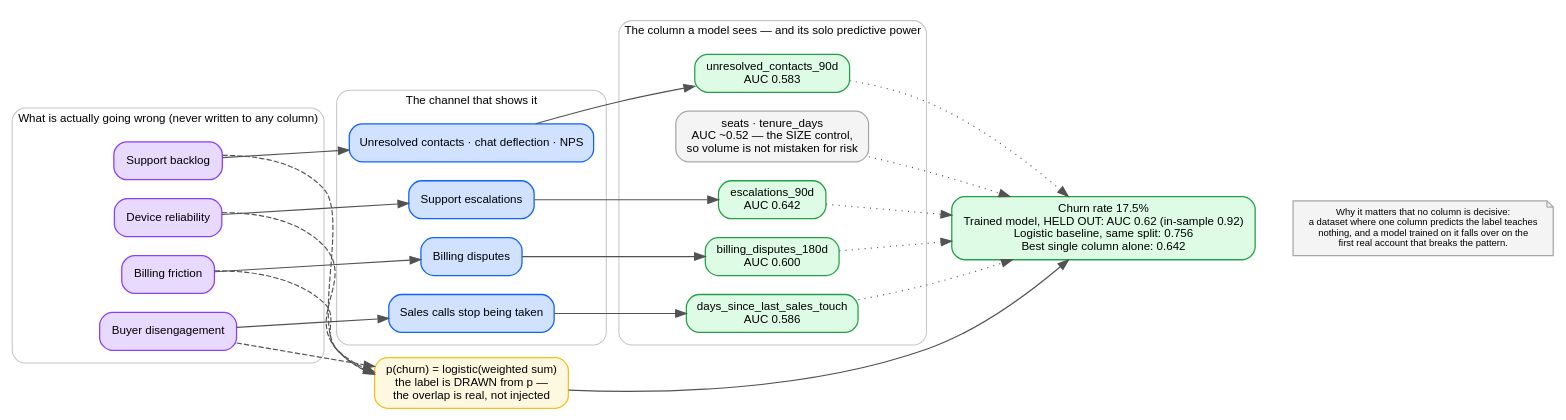
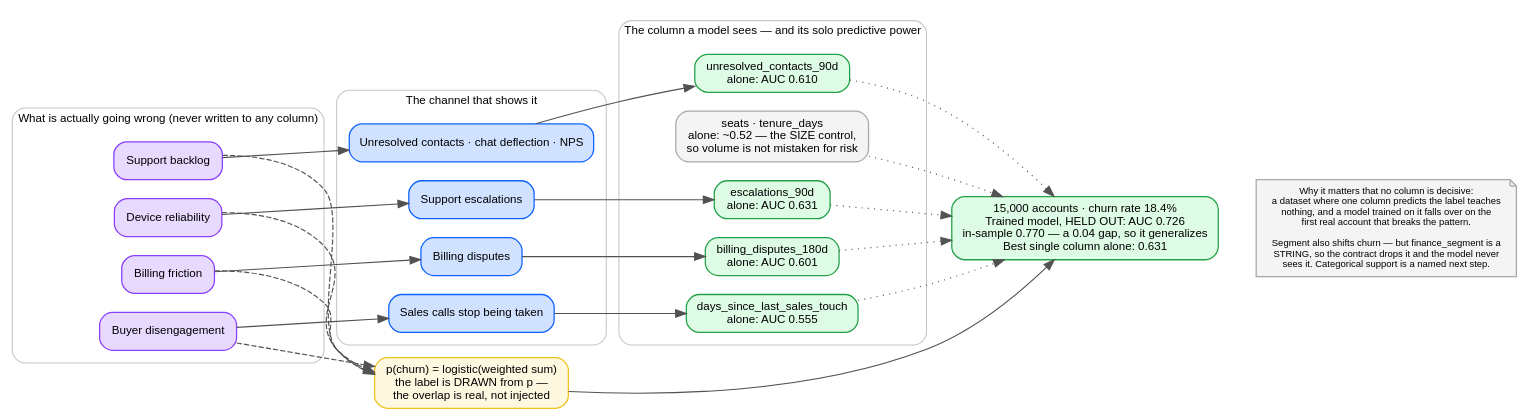
Before and after one commit to oramasearch/zetta: the diagram in docs/reports/results/diagrams/motive-dataset-signal.dot, drawn with Graphviz. The commit also changed 2 other files, not shown here.

Commit message:
docs(results): restore the signal diagram, and refresh it for 15k
It lost its embed when the dataset section was cut in the rewrite — only
the header link survived — and its numbers were still from the
1,500-account run.

Re-measured on 15,000: best single column 0.631 against the model's 0.726
held out, and the four channels stay balanced, which is the property the
diagram exists to show. It now also records that segment shifts churn but
is a string, so the contract drops it and the model never sees it.

```diff
--- a/docs/reports/results/diagrams/motive-dataset-signal.dot
+++ b/docs/reports/results/diagrams/motive-dataset-signal.dot
@@ -1,67 +1,67 @@
 // How the stand-in dataset carries a churn signal that is real but not trivial.
 //
 // Generated source for motive-dataset-signal.svg. Render with:
 //   dot -Tsvg motive-dataset-signal.dot -o motive-dataset-signal.svg
 //
 // The point of the picture: four independent troubles, each read by a DIFFERENT
 // channel, combining into a probability the label is drawn from. No single column
 // predicts churn, which is what makes the model's job real.
 digraph motive_signal {
   rankdir=LR;
   bgcolor="white";
   fontname="IBM Plex Sans,Helvetica,Arial,sans-serif";
   node [fontname="IBM Plex Sans,Helvetica,Arial,sans-serif", fontsize=11,
         shape=box, style="rounded,filled", penwidth=1.2, margin="0.16,0.09"];
   edge [fontname="IBM Plex Sans,Helvetica,Arial,sans-serif", fontsize=9,
         color="#525252", penwidth=1.1];
 
   subgraph cluster_latent {
     label="What is actually going wrong (never written to any column)";
     fontsize=11; color="#c6c6c6"; style="rounded"; margin=12;
     r [label="Device reliability", fillcolor="#e8daff", color="#8a3ffc"];
     b [label="Billing friction", fillcolor="#e8daff", color="#8a3ffc"];
     q [label="Buyer disengagement", fillcolor="#e8daff", color="#8a3ffc"];
     k [label="Support backlog", fillcolor="#e8daff", color="#8a3ffc"];
   }
 
   subgraph cluster_channel {
     label="The channel that shows it";
     fontsize=11; color="#c6c6c6"; style="rounded"; margin=12;
     cr [label="Support escalations", fillcolor="#d0e2ff", color="#0f62fe"];
     cb [label="Billing disputes", fillcolor="#d0e2ff", color="#0f62fe"];
     cq [label="Sales calls stop being taken", fillcolor="#d0e2ff", color="#0f62fe"];
     ck [label="Unresolved contacts · chat deflection · NPS", fillcolor="#d0e2ff", color="#0f62fe"];
   }
 
   subgraph cluster_feature {
     label="The column a model sees — and its solo predictive power";
     fontsize=11; color="#c6c6c6"; style="rounded"; margin=12;
-    fr [label="escalations_90d\nAUC 0.642", fillcolor="#defbe6", color="#24a148"];
-    fb [label="billing_disputes_180d\nAUC 0.600", fillcolor="#defbe6", color="#24a148"];
-    fq [label="days_since_last_sales_touch\nAUC 0.586", fillcolor="#defbe6", color="#24a148"];
-    fk [label="unresolved_contacts_90d\nAUC 0.583", fillcolor="#defbe6", color="#24a148"];
-    fs [label="seats · tenure_days\nAUC ~0.52 — the SIZE control,\nso volume is not mistaken for risk",
+    fr [label="escalations_90d\nalone: AUC 0.631", fillcolor="#defbe6", color="#24a148"];
+    fb [label="billing_disputes_180d\nalone: AUC 0.601", fillcolor="#defbe6", color="#24a148"];
+    fq [label="days_since_last_sales_touch\nalone: AUC 0.555", fillcolor="#defbe6", color="#24a148"];
+    fk [label="unresolved_contacts_90d\nalone: AUC 0.610", fillcolor="#defbe6", color="#24a148"];
+    fs [label="seats · tenure_days\nalone: ~0.52 — the SIZE control,\nso volume is not mistaken for risk",
         fillcolor="#f4f4f4", color="#a8a8a8"];
   }
 
   label_node [label="p(churn) = logistic(weighted sum)\nthe label is DRAWN from p —\nthe overlap is real, not injected",
               shape=box, fillcolor="#fff8e1", color="#f1c21b", fontsize=11];
-  outcome [label="Churn rate 17.5%\nTrained model, HELD OUT: AUC 0.62 (in-sample 0.92)\nLogistic baseline, same split: 0.756\nBest single column alone: 0.642",
+  outcome [label="15,000 accounts · churn rate 18.4%\nTrained model, HELD OUT: AUC 0.726\nin-sample 0.770 — a 0.04 gap, so it generalizes\nBest single column alone: 0.631",
            shape=box, fillcolor="#defbe6", color="#24a148", fontsize=11];
 
   r -> cr -> fr;
   b -> cb -> fb;
   q -> cq -> fq;
   k -> ck -> fk;
 
   r -> label_node [style=dashed]; b -> label_node [style=dashed];
   q -> label_node [style=dashed]; k -> label_node [style=dashed];
   label_node -> outcome;
   fr -> outcome [style=dotted]; fb -> outcome [style=dotted];
   fq -> outcome [style=dotted]; fk -> outcome [style=dotted];
   fs -> outcome [style=dotted];
 
-  note [label="Why it matters that no column is decisive:\na dataset where one column predicts the label teaches\nnothing, and a model trained on it falls over on the\nfirst real account that breaks the pattern.",
+  note [label="Why it matters that no column is decisive:\na dataset where one column predicts the label teaches\nnothing, and a model trained on it falls over on the\nfirst real account that breaks the pattern.\n\nSegment also shifts churn — but finance_segment is a\nSTRING, so the contract drops it and the model never\nsees it. Categorical support is a named next step.",
         shape=note, fillcolor="#f4f4f4", color="#a8a8a8", fontsize=9];
   outcome -> note [style=invis];
 }
```
